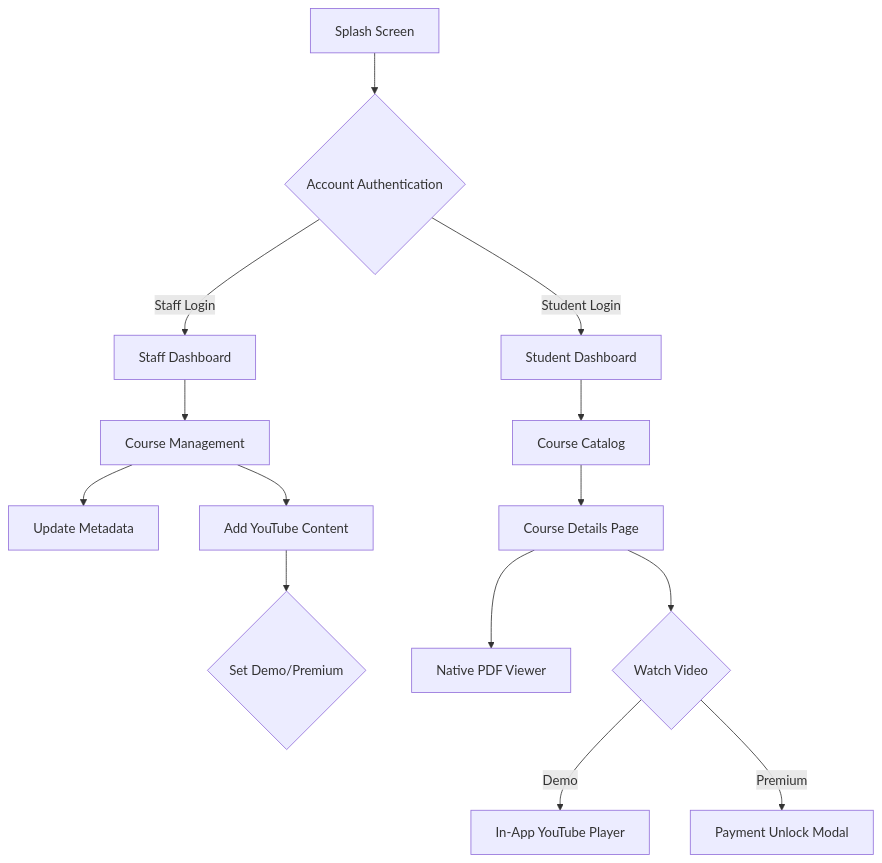
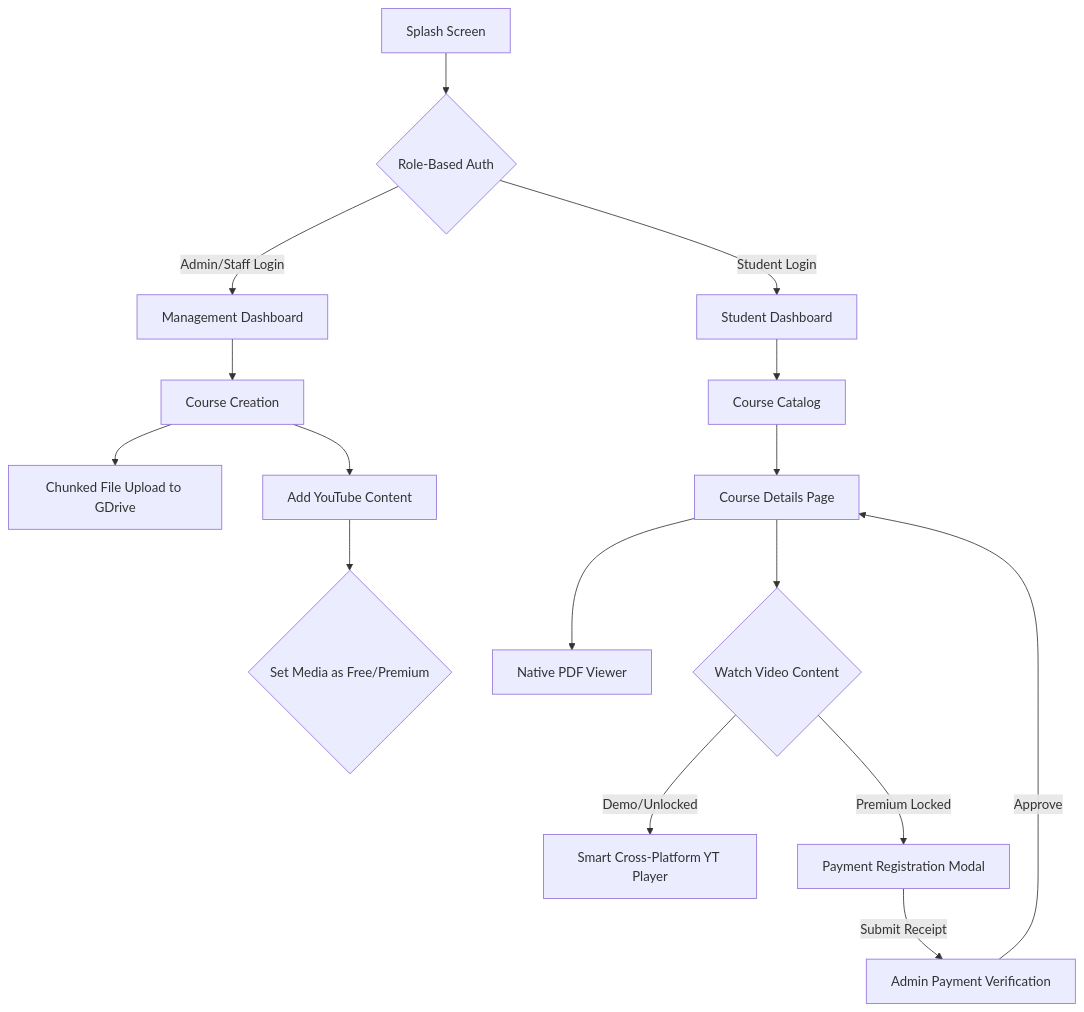
One commit to Vinothkumar0311/Vaagai_app changed the diagram in README.md. Above: the diagram before and after it, drawn with Mermaid. The commit also changed other lines of this file and 21 other files, not shown here.

Commit message:
completed upto Admin approvel and also video fix

````diff
--- a/README.md
+++ b/README.md
@@ -44,18 +48,21 @@
 ```mermaid
 graph TD
-    A[Splash Screen] --> B{Account Authentication}
-    B -->|Staff Login| C[Staff Dashboard]
+    A[Splash Screen] --> B{Role-Based Auth}
+    B -->|Admin/Staff Login| C[Management Dashboard]
     B -->|Student Login| D[Student Dashboard]
     
-    C --> C1[Course Management]
-    C1 --> C2[Update Metadata]
+    C --> C1[Course Creation]
+    C1 --> C2[Chunked File Upload to GDrive]
     C1 --> C3[Add YouTube Content]
-    C3 --> C4{Set Demo/Premium}
+    C3 --> C4{Set Media as Free/Premium}
     
     D --> D1[Course Catalog]
     D1 --> D2[Course Details Page]
     D2 --> D3[Native PDF Viewer]
-    D2 --> D4{Watch Video}
-    D4 -->|Demo| D5[In-App YouTube Player]
-    D4 -->|Premium| D6[Payment Unlock Modal]
+    D2 --> D4{Watch Video Content}
+    D4 -->|Demo/Unlocked| D5[Smart Cross-Platform YT Player]
+    D4 -->|Premium Locked| D6[Payment Registration Modal]
+    
+    D6 -->|Submit Receipt| C5[Admin Payment Verification]
+    C5 -->|Approve| D2
 ```
````
